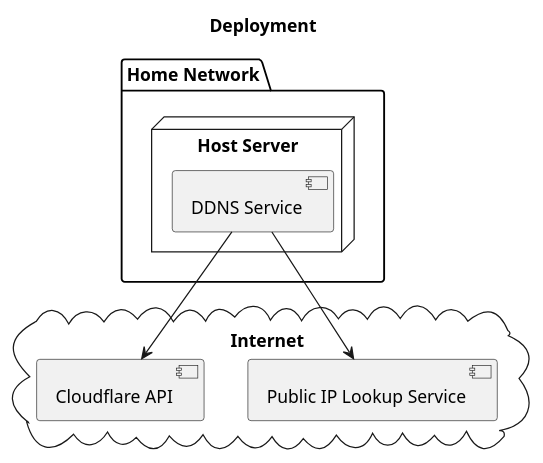
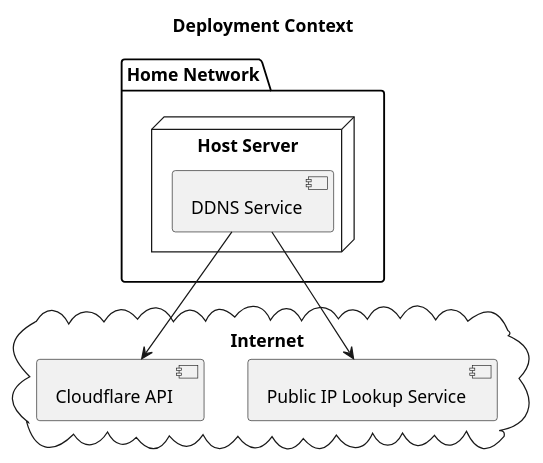
One commit to mathat13/public-files changed the diagram in knowledge-base/projects/ddns/design/diagrams/deployment.puml. Above: the diagram before and after it, drawn with PlantUML. The commit also changed 37 other files, not shown here.

```diff
--- a/knowledge-base/projects/ddns/design/diagrams/deployment.puml
+++ b/knowledge-base/projects/ddns/design/diagrams/deployment.puml
@@ -1,24 +1,24 @@
-@startuml deployment
-title Deployment
+@startuml deployment_context
+title Deployment Context
 
 cloud Internet {
 
     component "Public IP Lookup Service"
 
     component "Cloudflare API"
 
 }
 
 package "Home Network" {
 
     node "Host Server" {
 
         component "DDNS Service"
 
     }
 
 }
 
 "DDNS Service" --> "Public IP Lookup Service"
 "DDNS Service" --> "Cloudflare API"
 @enduml
```
